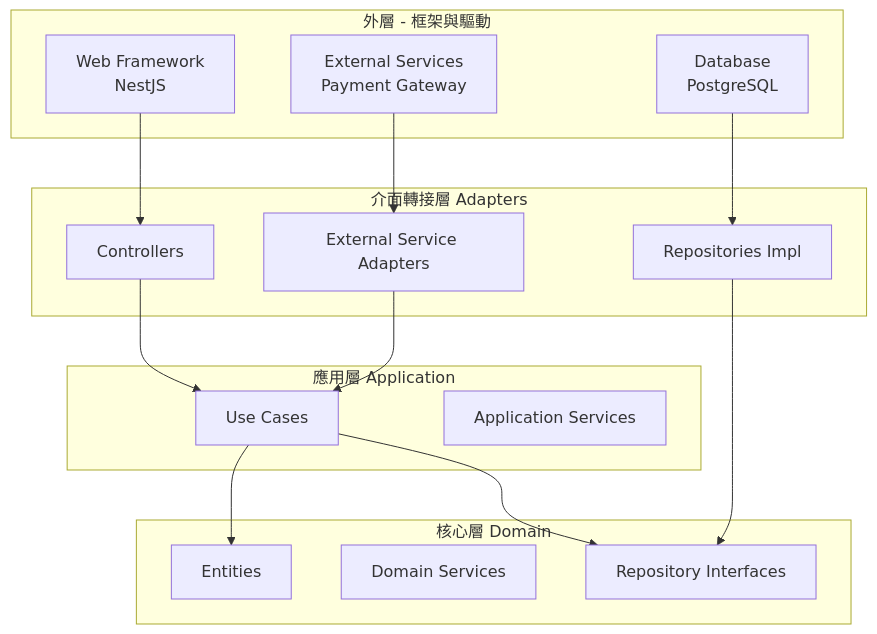
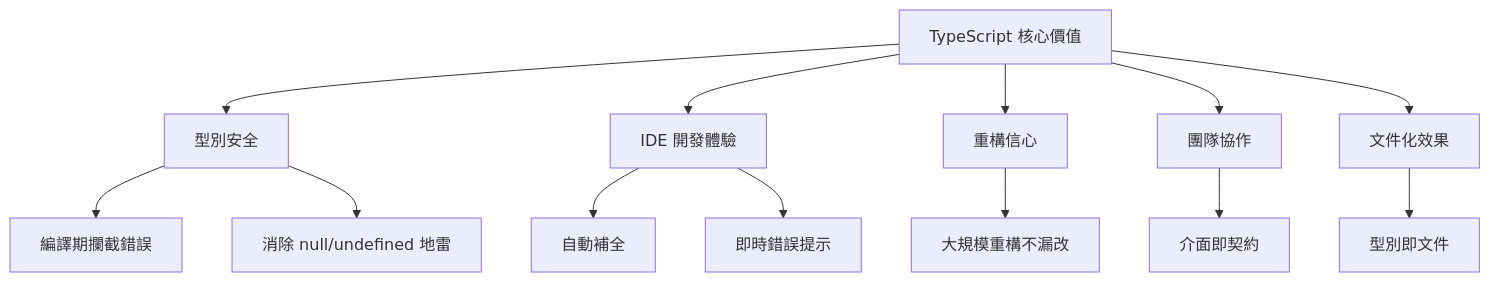
The ninth of 30 diagrams in content/posts/教學/framework/Node.js生態系教學手冊.md (chihhung/Blog), drawn with Mermaid before and after one commit. The commit also changed other lines of this file, not shown here.

````diff
--- a/content/posts/教學/framework/Node.js生態系教學手冊.md
+++ b/content/posts/教學/framework/Node.js生態系教學手冊.md
@@ -1552,34 +1374,16 @@
 ```mermaid
 graph TD
-    subgraph "外層 - 框架與驅動"
-        A[Web Framework<br/>NestJS]
-        B[Database<br/>PostgreSQL]
-        C[External Services<br/>Payment Gateway]
-    end
+    A[TypeScript 核心價值] --> B[型別安全]
+    A --> C[IDE 開發體驗]
+    A --> D[重構信心]
+    A --> E[團隊協作]
+    A --> F[文件化效果]
     
-    subgraph "介面轉接層 Adapters"
-        D[Controllers]
-        E[Repositories Impl]
-        F[External Service Adapters]
-    end
-    
-    subgraph "應用層 Application"
-        G[Use Cases]
-        H[Application Services]
-    end
-    
-    subgraph "核心層 Domain"
-        I[Entities]
-        J[Domain Services]
-        K[Repository Interfaces]
-    end
-    
-    A --> D
-    D --> G
-    G --> I
-    G --> K
-    E --> K
-    B --> E
-    C --> F
-    F --> G
+    B --> B1[編譯期攔截錯誤]
+    B --> B2[消除 null/undefined 地雷]
+    C --> C1[自動補全]
+    C --> C2[即時錯誤提示]
+    D --> D1[大規模重構不漏改]
+    E --> E1[介面即契約]
+    F --> F1[型別即文件]
 ```
````
